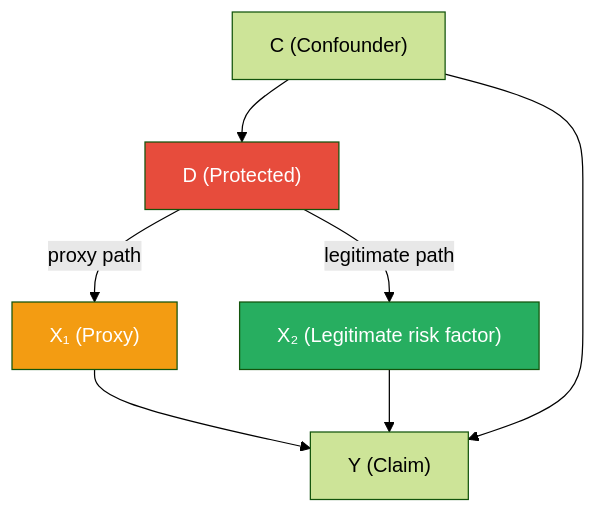
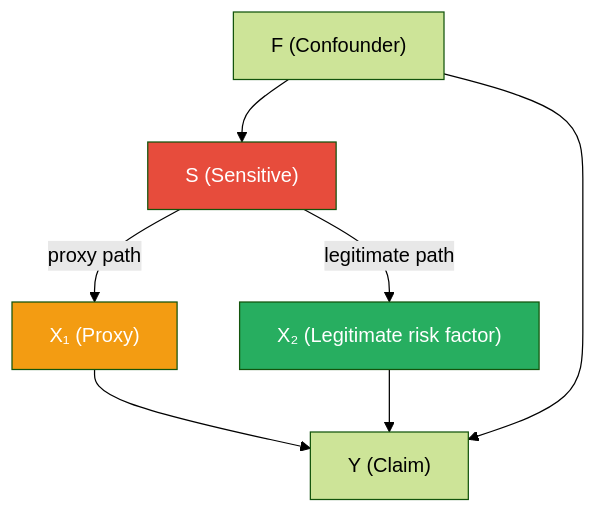
One commit to tbluemlein/causalinference changed the third of 4 diagrams in tutorial/2_3_debias.md. Above: the diagram before and after it, drawn with Mermaid (forest theme). The commit also changed other lines of this file and 7 other files, not shown here.

````diff
--- a/tutorial/2_3_debias.md
+++ b/tutorial/2_3_debias.md
@@ -181,12 +181,12 @@
 ```{mermaid}
 graph TD
-    D["D (Protected)"] -->|proxy path| X1["X₁ (Proxy)"]
-    D -->|legitimate path| X2["X₂ (Legitimate risk factor)"]
+    S["S (Sensitive)"] -->|proxy path| X1["X₁ (Proxy)"]
+    S -->|legitimate path| X2["X₂ (Legitimate risk factor)"]
     X1 --> Y["Y (Claim)"]
     X2 --> Y
-    C["C (Confounder)"] --> D
-    C --> Y
-    style D fill:#e74c3c,color:#fff
+    F["F (Confounder)"] --> S
+    F --> Y
+    style S fill:#e74c3c,color:#fff
     style X1 fill:#f39c12,color:#fff
     style X2 fill:#27ae60,color:#fff
 ```
````
